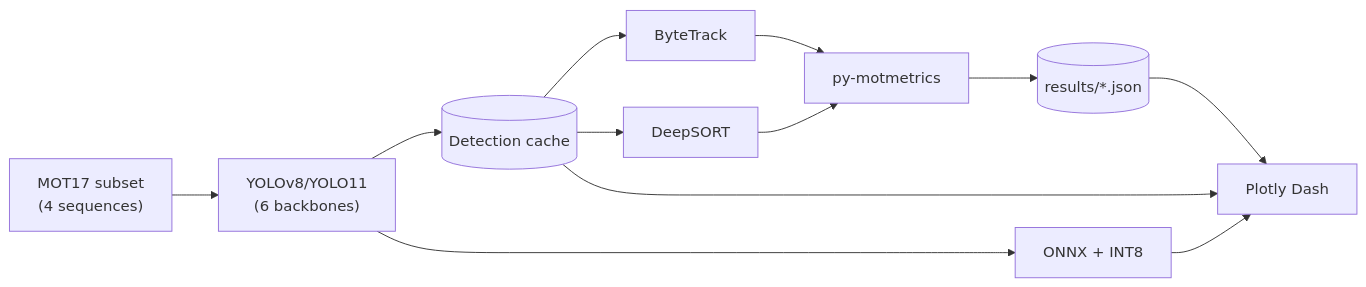
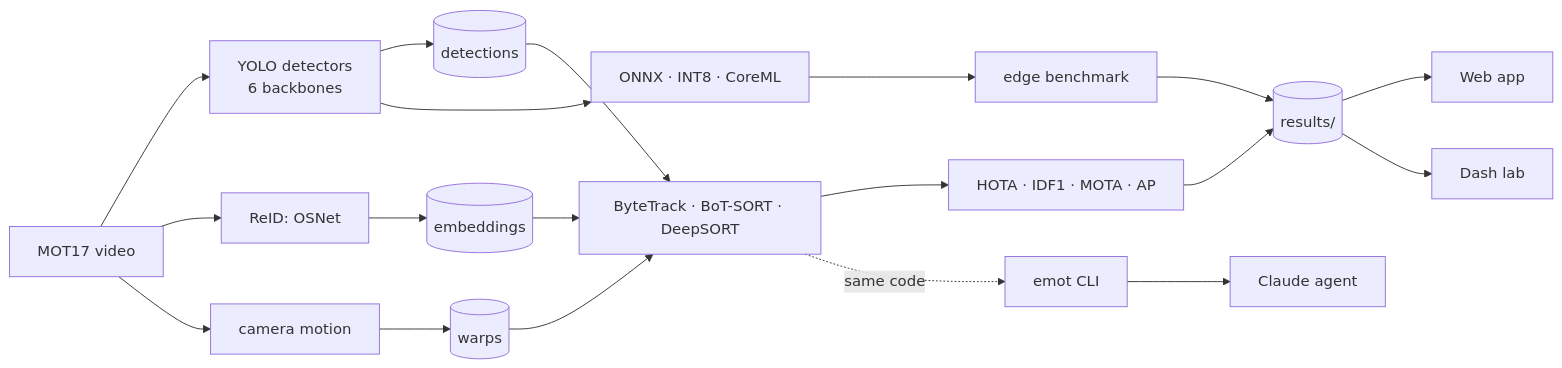
The diagram in README.md (fragompul/edge-multi-object-tracking), drawn with Mermaid before and after one commit. The commit also changed other lines of this file and 5 other files, not shown here.

````diff
--- a/README.md
+++ b/README.md
@@ -30,13 +111,11 @@
 ```mermaid
 flowchart LR
-    MOT17["MOT17 subset\n(4 sequences)"] --> Det["YOLOv8/YOLO11\n(6 backbones)"]
-    Det --> Cache[("Detection cache")]
-    Cache --> BT["ByteTrack"]
-    Cache --> DS["DeepSORT"]
-    BT & DS --> Eval["py-motmetrics"]
-    Eval --> Results[("results/*.json")]
-    Det --> Export["ONNX + INT8"]
-    Results --> Dashboard["Plotly Dash"]
-    Export --> Dashboard
-    Cache --> Dashboard
+    V["MOT17 video"] --> D["YOLO detectors<br/>6 backbones"] --> DC[("detections")]
+    V --> RE["ReID: OSNet"] --> EC[("embeddings")]
+    V --> CMC["camera motion"] --> CC[("warps")]
+    DC & EC & CC --> T["ByteTrack · BoT-SORT · DeepSORT"] --> EV["HOTA · IDF1 · MOTA · AP"] --> R[("results/")]
+    D --> X["ONNX · INT8 · CoreML"] --> EB["edge benchmark"] --> R
+    R --> WEB["Web app"]
+    R --> DASH["Dash lab"]
+    T -.same code.-> CLI["emot CLI"] --> AG["Claude agent"]
 ```
````
